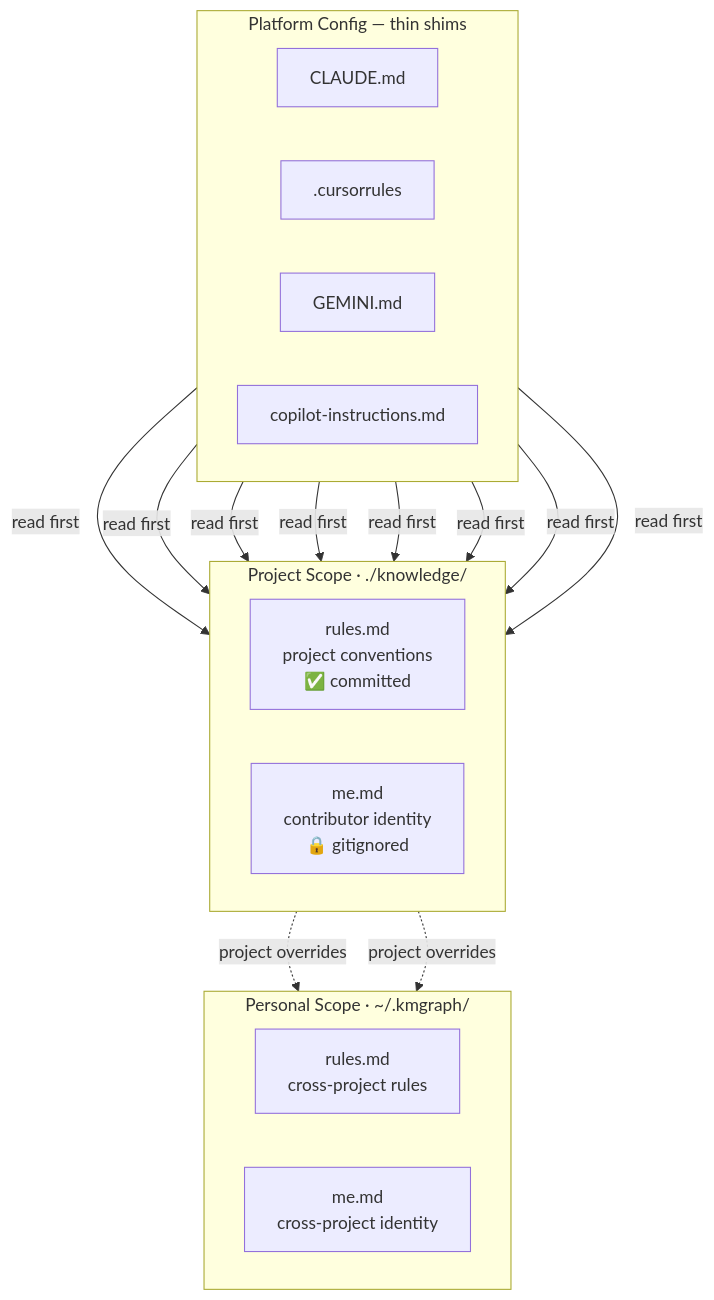
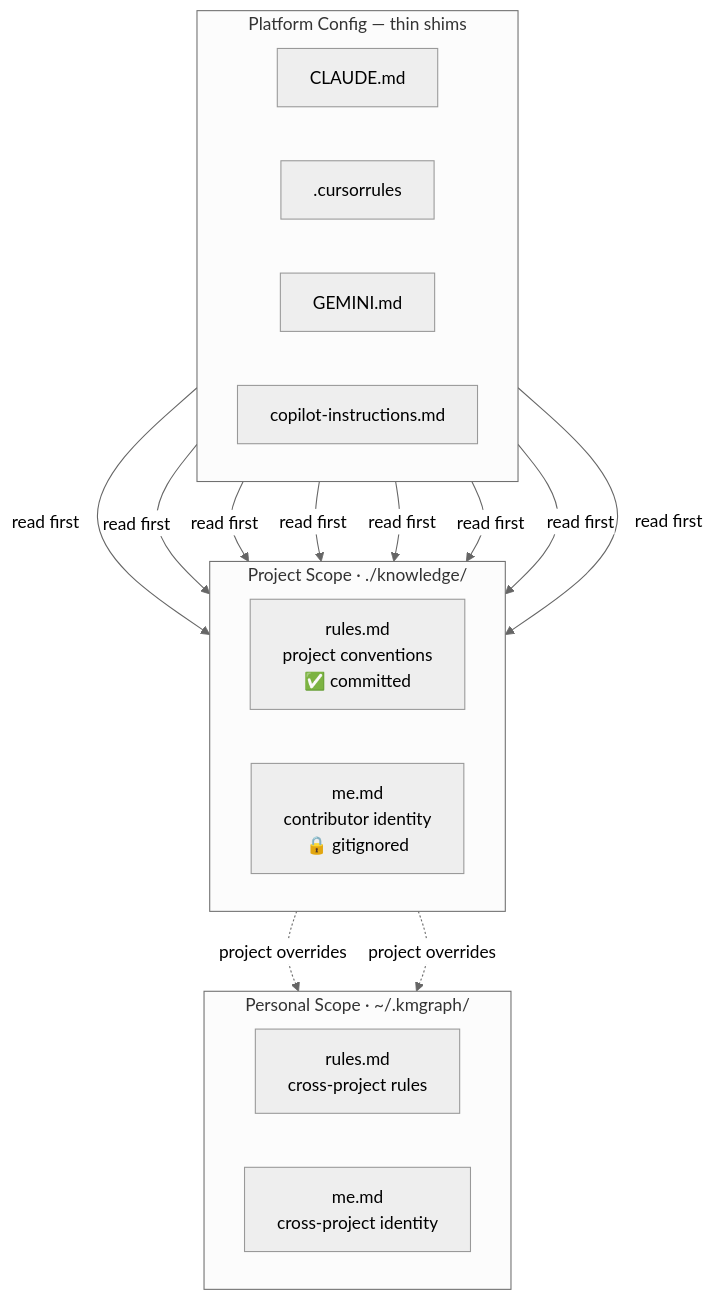
The diagram in docs/pillars/portability/your-ai-profile.mdx (technomensch/knowledge-graph), drawn with Mermaid before and after one commit. The commit also changed other lines of this file and 4 other files, not shown here.

````diff
--- a/docs/pillars/portability/your-ai-profile.mdx
+++ b/docs/pillars/portability/your-ai-profile.mdx
@@ -119,28 +128,31 @@
 ```mermaid
+%%{init: { 'flowchart': { 'useMaxWidth': true }, 'theme': 'neutral' }}%%
 flowchart TB
     subgraph platforms ["Platform Config — thin shims"]
         direction LR
         CL["CLAUDE.md"]
         CU[".cursorrules"]
         GE["GEMINI.md"]
         CO["copilot-instructions.md"]
     end
 
     subgraph project ["Project Scope  ·  ./knowledge/"]
         direction LR
         R["rules.md\nproject conventions\n✅ committed"]
         M["me.md\ncontributor identity\n🔒 gitignored"]
     end
 
     subgraph personal ["Personal Scope  ·  ~/.kmgraph/"]
         direction LR
         PR["rules.md\ncross-project rules"]
         PM["me.md\ncross-project identity"]
     end
 
     CL & CU & GE & CO -->|read first| R
     CL & CU & GE & CO -->|read first| M
     R -. project overrides .-> PR
     M -. project overrides .-> PM
 
+    accTitle: Platform shim pattern
+    accDescr: All platform config files point to two foundation files in knowledge/ — rules.md and me.md. Project scope overrides personal scope defaults in ~/.kmgraph/.
 ```
````
